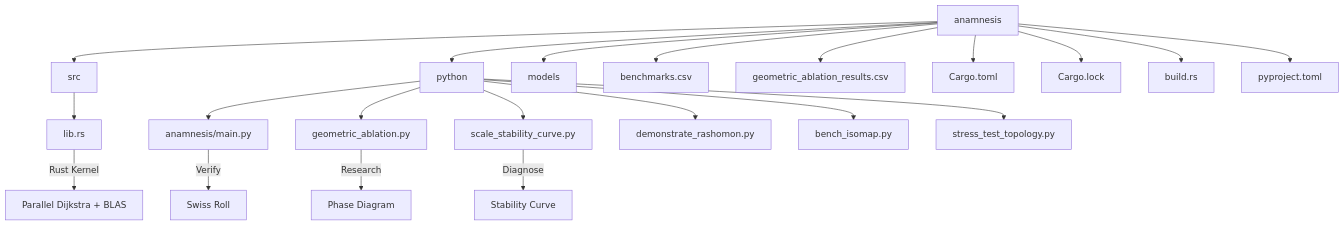
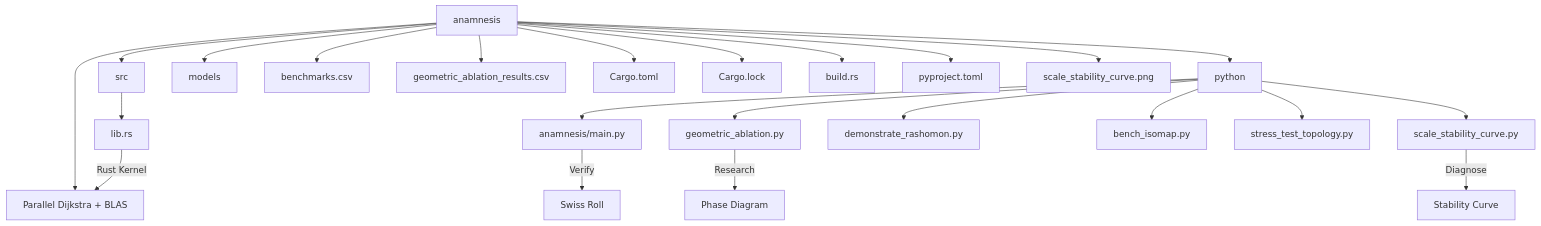
Before and after one commit to farukalpay/anamnesis: the diagram in README.md, drawn with Mermaid. The commit also changed other lines of this file, not shown here.

````diff
--- a/README.md
+++ b/README.md
@@ -98,26 +98,28 @@
 ```mermaid
 graph TD
     A[anamnesis] --> B[src]
     A --> C[python]
     A --> D[models]
     A --> E[benchmarks.csv]
     A --> F[geometric_ablation_results.csv]
     A --> G[Cargo.toml]
     A --> H[Cargo.lock]
     A --> I[build.rs]
     A --> J[pyproject.toml]
+    A --> K[phase_diagram.png]
+    A --> L[scale_stability_curve.png]
     
     B --> B1[lib.rs]
     B1 -->|Rust Kernel| K[Parallel Dijkstra + BLAS]
     
     C --> C1[anamnesis/main.py]
     C --> C2[geometric_ablation.py]
     C --> C3[scale_stability_curve.py]
     C --> C4[demonstrate_rashomon.py]
     C --> C5[bench_isomap.py]
     C --> C6[stress_test_topology.py]
     
     C1 -->|Verify| V[Swiss Roll]
     C2 -->|Research| R[Phase Diagram]
     C3 -->|Diagnose| S[Stability Curve]
 ```
````
